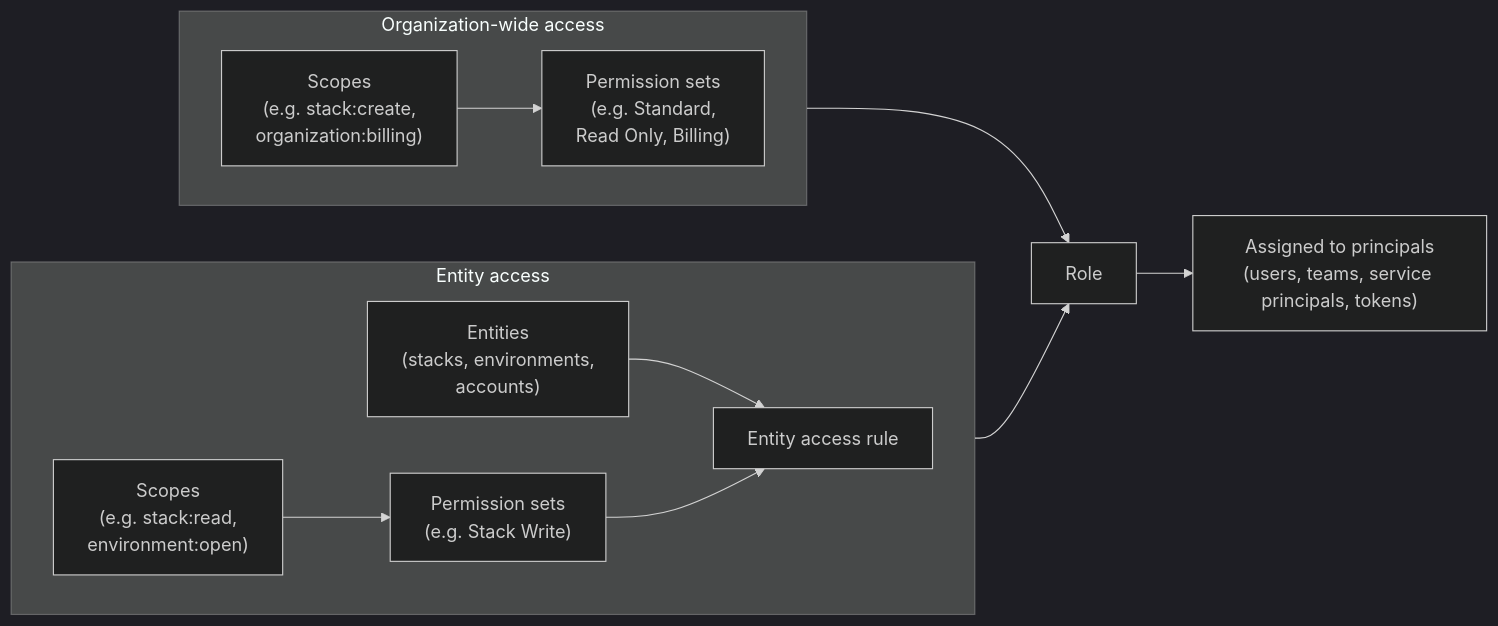
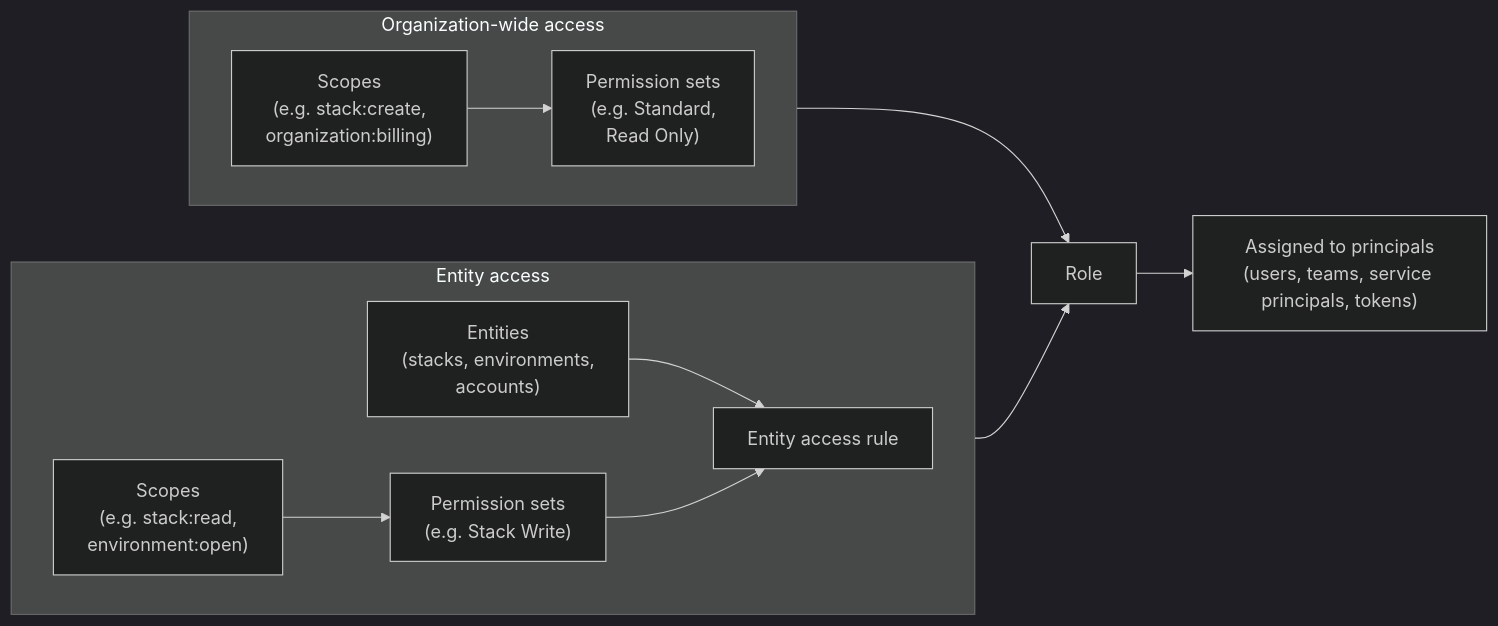
One commit to pulumi/docs changed the diagram in content/docs/administration/concepts/rbac/roles.md. Above: the diagram before and after it, drawn with Mermaid (dark theme). The commit also changed other lines of this file and 8 other files, not shown here.

````diff
--- a/content/docs/administration/concepts/rbac/roles.md
+++ b/content/docs/administration/concepts/rbac/roles.md
@@ -22,16 +22,16 @@
 ```mermaid
 flowchart LR
     subgraph EA["Entity access"]
         direction LR
         ESC["Scopes<br/>(e.g. stack:read,<br/>environment:open)"] --> EPS["Permission sets<br/>(e.g. Stack Write)"]
         ENT["Entities<br/>(stacks, environments,<br/>accounts)"] --> EAR["Entity access rule"]
         EPS --> EAR
     end
     subgraph OA["Organization-wide access"]
         direction LR
-        OSC["Scopes<br/>(e.g. stack:create,<br/>organization:billing)"] --> OPS["Permission sets<br/>(e.g. Standard,<br/>Read Only, Billing)"]
+        OSC["Scopes<br/>(e.g. stack:create,<br/>organization:billing)"] --> OPS["Permission sets<br/>(e.g. Standard,<br/>Read Only)"]
     end
     EAR --> ROLE["Role"]
     OPS --> ROLE
     ROLE --> PR["Assigned to principals<br/>(users, teams, service principals, tokens)"]
 ```
````
